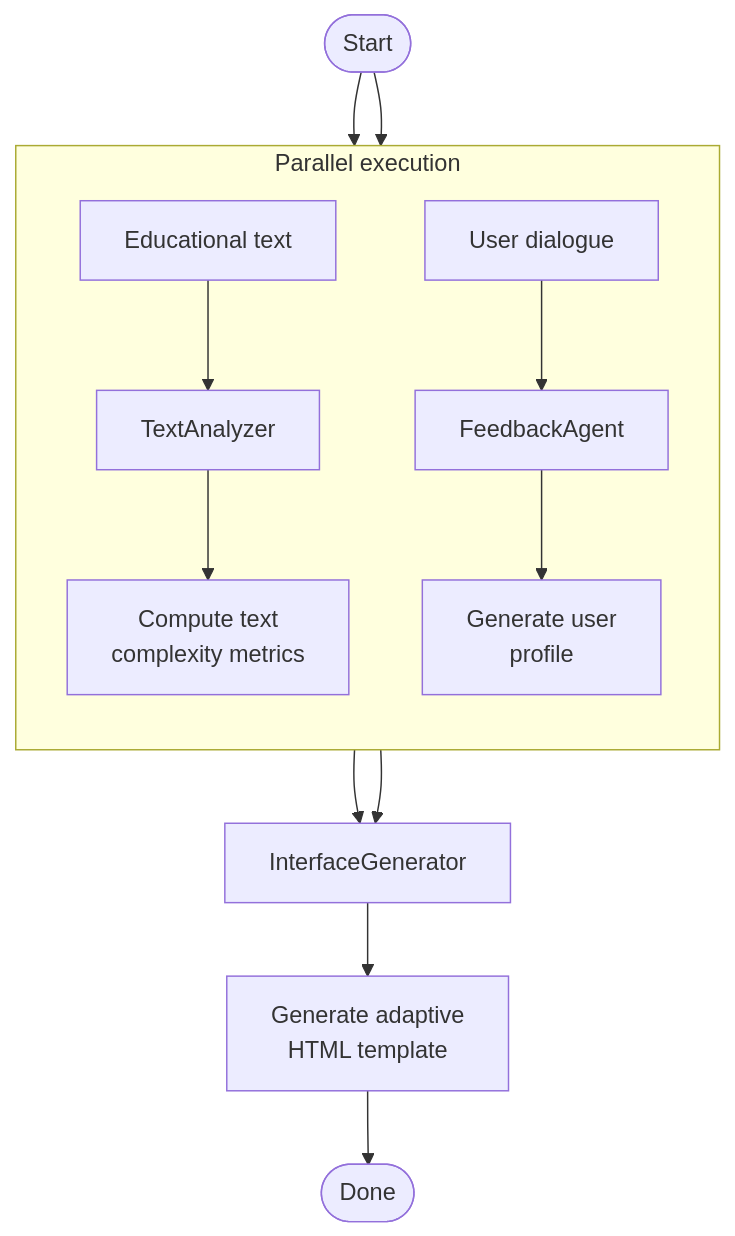
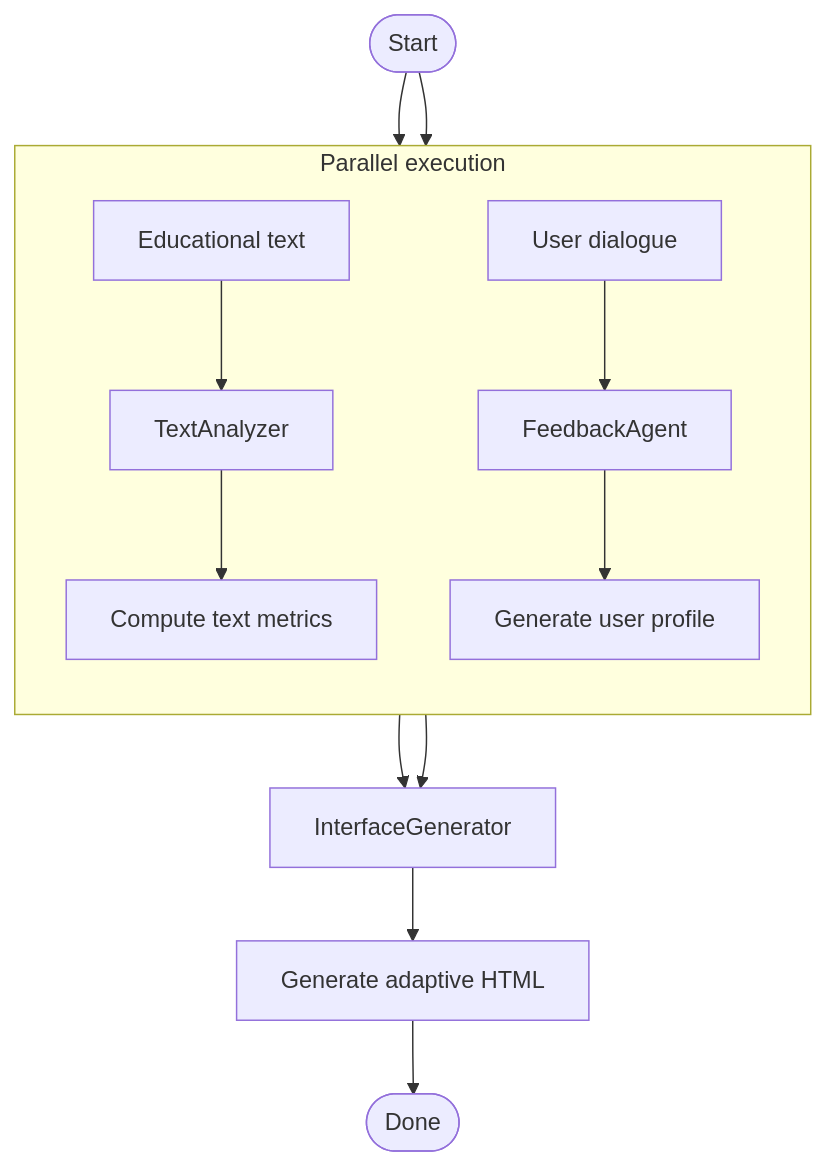
One commit to vifirsanova/empi_agent changed the second of 2 diagrams in README.md. Above: the diagram before and after it, drawn with Mermaid. The commit also changed other lines of this file, not shown here.

````diff
--- a/README.md
+++ b/README.md
@@ -349,21 +100,20 @@
 ```mermaid
 flowchart TD
     Start([Start]) --> Input[Educational text]
     Start --> Dialog[User dialogue]
     
     subgraph Parallel[Parallel execution]
         direction TB
         Input --> TA[TextAnalyzer]
         Dialog --> FA[FeedbackAgent]
         
-        TA --> TM[Compute text<br/>complexity metrics]
-        FA --> UP[Generate user<br/>profile]
+        TA --> TM[Compute text metrics]
+        FA --> UP[Generate user profile]
     end
     
     TM --> IG[InterfaceGenerator]
     UP --> IG
     
-    IG --> HTML[Generate adaptive<br/>HTML template]
-    
+    IG --> HTML[Generate adaptive HTML]
     HTML --> Done([Done])
 ```
````
